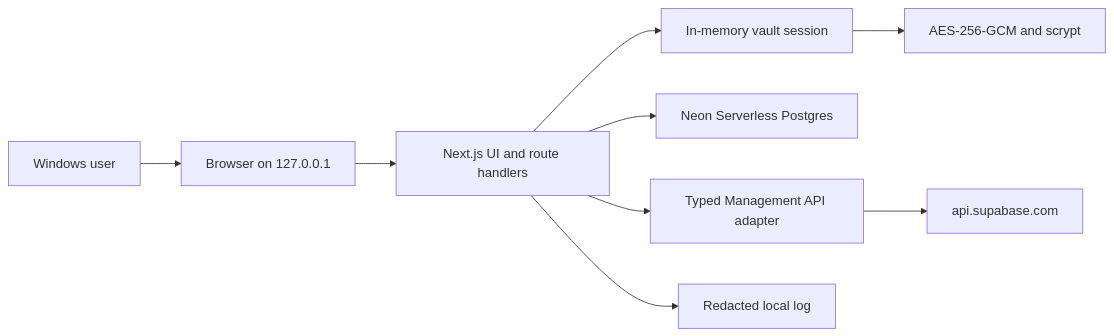
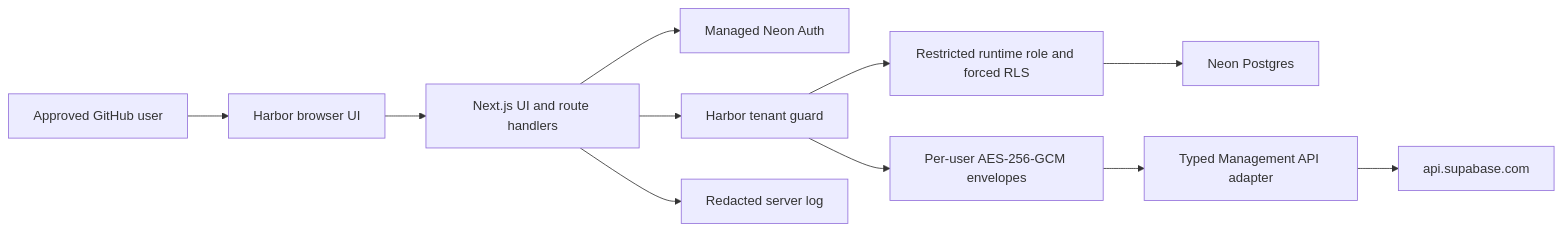
Before and after one commit to krishna0605/supabase-harbor: the diagram in docs/architecture.md, drawn with Mermaid. The commit also changed other lines of this file and 10 other files, not shown here.

````diff
--- a/docs/architecture.md
+++ b/docs/architecture.md
@@ -3,11 +3,13 @@
 ```mermaid
 flowchart LR
-  U["Windows user"] --> B["Browser on 127.0.0.1"]
+  U["Approved GitHub user"] --> B["Harbor browser UI"]
   B --> N["Next.js UI and route handlers"]
-  N --> S["In-memory vault session"]
-  S --> C["AES-256-GCM and scrypt"]
-  N --> D["Neon Serverless Postgres"]
-  N --> A["Typed Management API adapter"]
-  A --> SB["api.supabase.com"]
-  N --> L["Redacted local log"]
+  N --> A["Managed Neon Auth"]
+  N --> G["Harbor tenant guard"]
+  G --> C["Per-user AES-256-GCM envelopes"]
+  G --> R["Restricted runtime role and forced RLS"]
+  R --> D["Neon Postgres"]
+  C --> M["Typed Management API adapter"]
+  M --> SB["api.supabase.com"]
+  N --> L["Redacted server log"]
 ```
````
